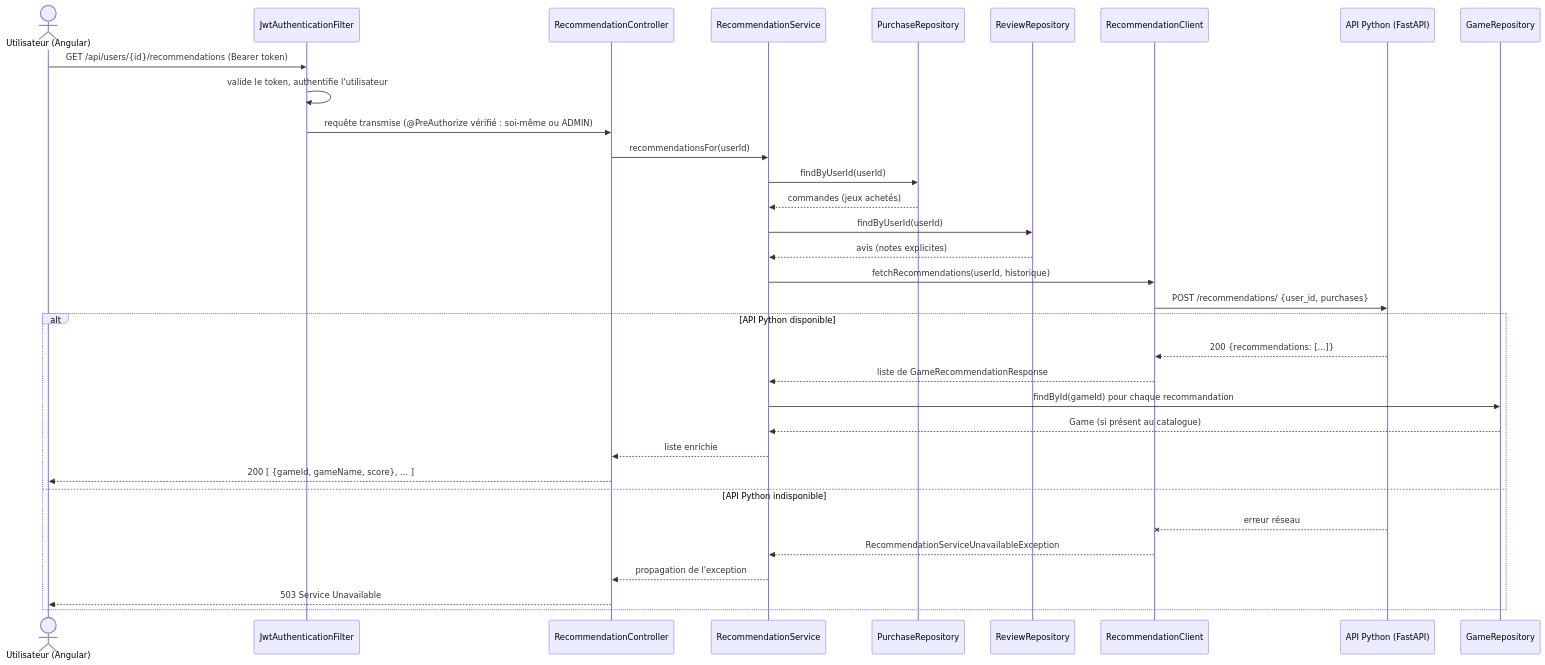
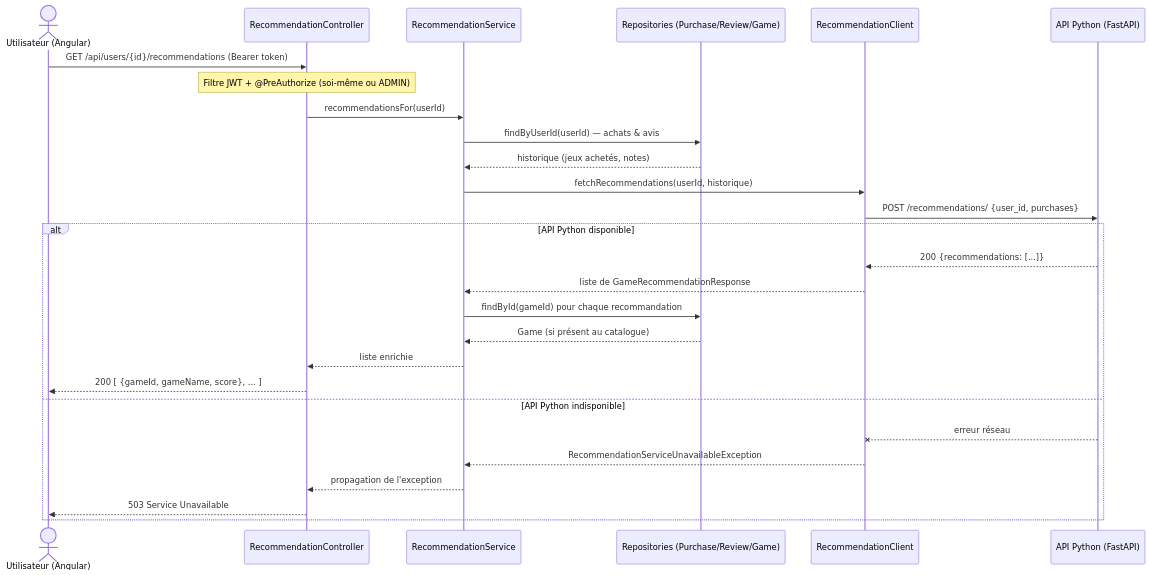
The fifth of 5 diagrams in docs/06-documentation-finale.md (Sanbye/gamesup-etude-de-cas), drawn with Mermaid before and after one commit. The commit also changed other lines of this file and 6 other files, not shown here.

````diff
--- a/docs/06-documentation-finale.md
+++ b/docs/06-documentation-finale.md
@@ -246,36 +245,30 @@
 ```mermaid
 sequenceDiagram
     actor U as Utilisateur (Angular)
-    participant F as JwtAuthenticationFilter
     participant RC as RecommendationController
     participant RS as RecommendationService
-    participant PR as PurchaseRepository
-    participant RR as ReviewRepository
+    participant Repos as Repositories (Purchase/Review/Game)
     participant CLI as RecommendationClient
     participant PY as API Python (FastAPI)
-    participant GR as GameRepository
 
-    U->>F: GET /api/users/{id}/recommendations (Bearer token)
-    F->>F: valide le token, authentifie l'utilisateur
-    F->>RC: requête transmise (@PreAuthorize vérifié : soi-même ou ADMIN)
+    U->>RC: GET /api/users/{id}/recommendations (Bearer token)
+    Note over RC: Filtre JWT + @PreAuthorize (soi-même ou ADMIN)
     RC->>RS: recommendationsFor(userId)
-    RS->>PR: findByUserId(userId)
-    PR-->>RS: commandes (jeux achetés)
-    RS->>RR: findByUserId(userId)
-    RR-->>RS: avis (notes explicites)
+    RS->>Repos: findByUserId(userId) — achats & avis
+    Repos-->>RS: historique (jeux achetés, notes)
     RS->>CLI: fetchRecommendations(userId, historique)
     CLI->>PY: POST /recommendations/ {user_id, purchases}
     alt API Python disponible
         PY-->>CLI: 200 {recommendations: [...]}
         CLI-->>RS: liste de GameRecommendationResponse
-        RS->>GR: findById(gameId) pour chaque recommandation
-        GR-->>RS: Game (si présent au catalogue)
+        RS->>Repos: findById(gameId) pour chaque recommandation
+        Repos-->>RS: Game (si présent au catalogue)
         RS-->>RC: liste enrichie
         RC-->>U: 200 [ {gameId, gameName, score}, ... ]
     else API Python indisponible
         PY--xCLI: erreur réseau
         CLI-->>RS: RecommendationServiceUnavailableException
         RS-->>RC: propagation de l'exception
         RC-->>U: 503 Service Unavailable
     end
 ```
````
